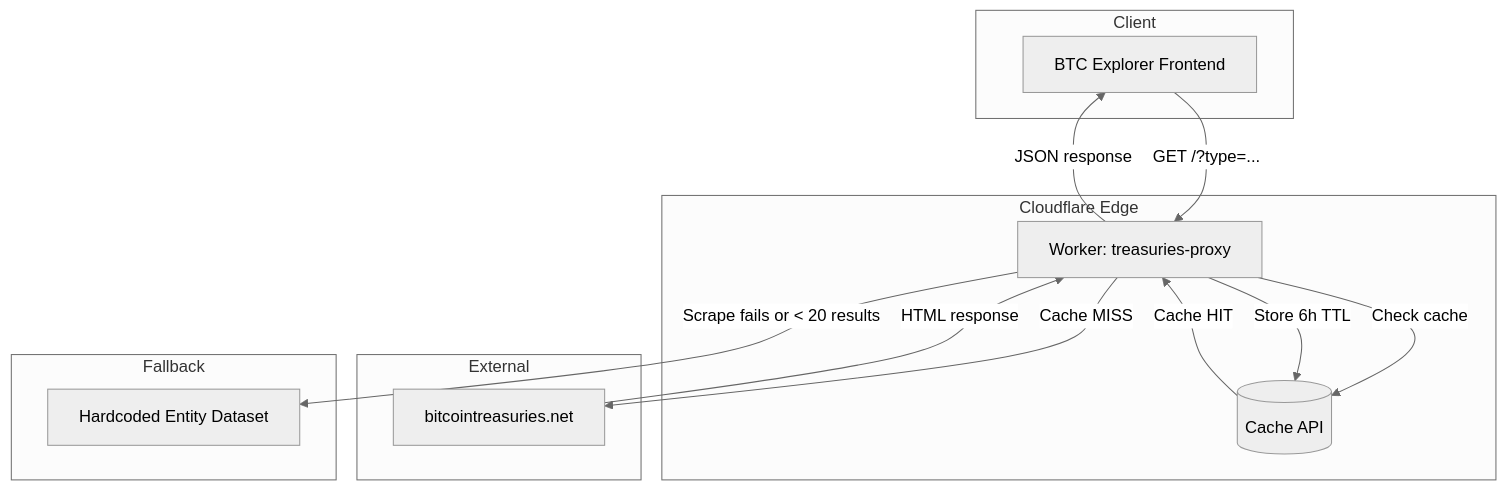
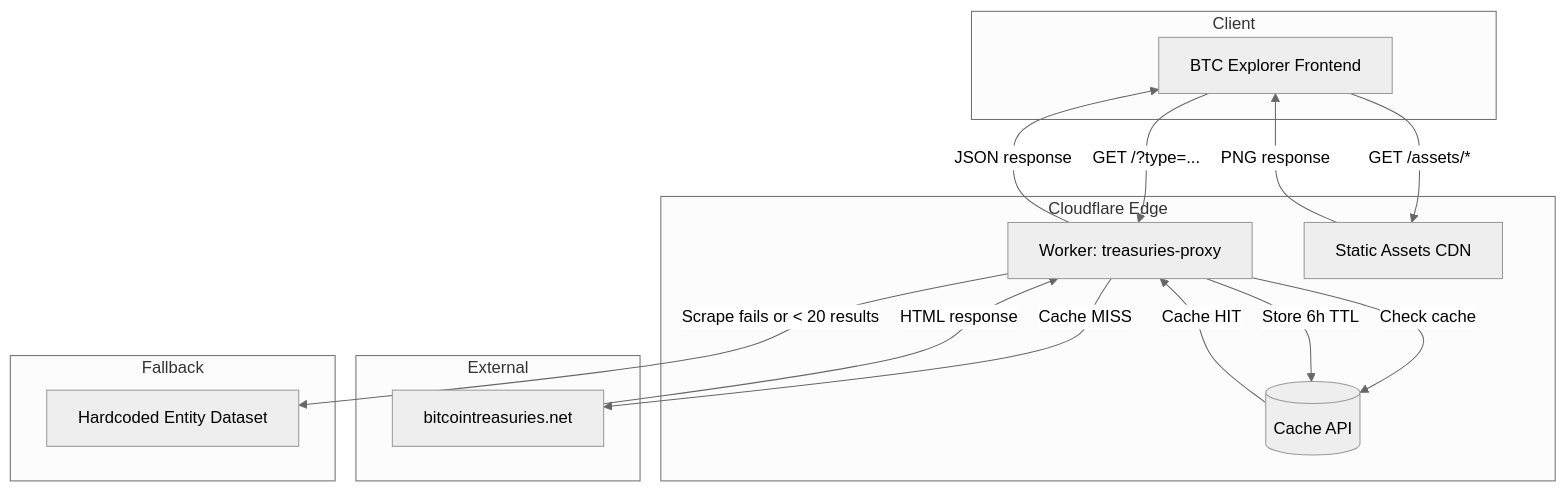
Before and after one commit to Technical-1/All-About-Me: the diagram in public/data/portfolio/treasuries-proxy-BitcoinTreasuries.net/architecture.md, drawn with Mermaid (neutral theme). The commit also changed other lines of this file and 3 other files, not shown here.

````diff
--- a/public/data/portfolio/treasuries-proxy-BitcoinTreasuries.net/architecture.md
+++ b/public/data/portfolio/treasuries-proxy-BitcoinTreasuries.net/architecture.md
@@ -5,28 +5,31 @@
 ```mermaid
 flowchart TD
     subgraph Client
         A[BTC Explorer Frontend]
     end
 
     subgraph Cloudflare Edge
         B[Worker: treasuries-proxy]
         C[(Cache API)]
+        F[Static Assets CDN]
     end
 
     subgraph External
         D[bitcointreasuries.net]
     end
 
     subgraph Fallback
         E[Hardcoded Entity Dataset]
     end
 
     A -->|GET /?type=...| B
     B -->|Check cache| C
     C -->|Cache HIT| B
     B -->|Cache MISS| D
     D -->|HTML response| B
     B -->|Scrape fails or < 20 results| E
+    A -->|GET /assets/*| F
+    F -->|PNG response| A
     B -->|JSON response| A
     B -->|Store 6h TTL| C
 ```
````
